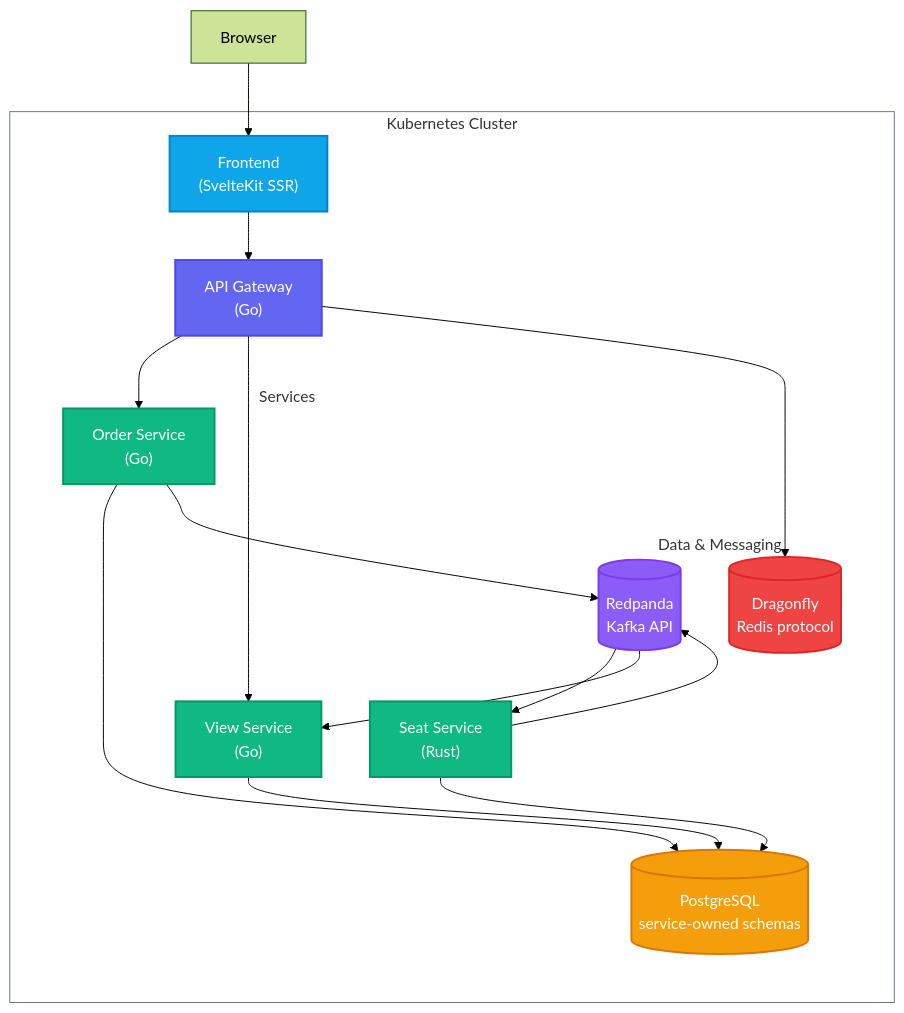
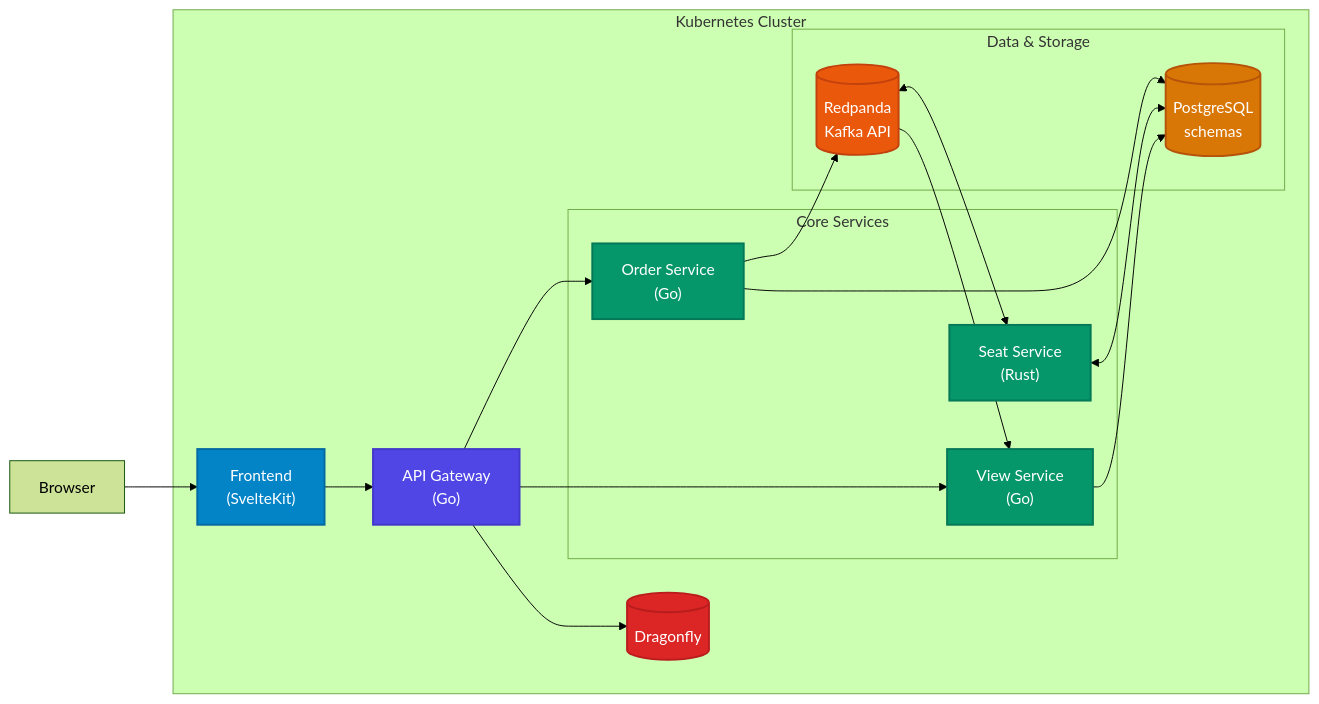
The diagram in README.md (robbdimitrov/velox), drawn with Mermaid (forest theme) before and after one commit. The commit also changed 6 other files, not shown here.

````diff
--- a/README.md
+++ b/README.md
@@ -17,45 +17,49 @@
 ```mermaid
-graph TD
+graph LR
     Browser["Browser"]
 
     subgraph cluster ["Kubernetes Cluster"]
-        Frontend["Frontend<br>(SvelteKit SSR)"]:::frontend
+        Frontend["Frontend<br>(SvelteKit)"]:::frontend
         Gateway["API Gateway<br>(Go)"]:::gateway
+        Cache[("Dragonfly")]:::cache
 
-        subgraph services ["Services"]
-            Orders["Order Service<br>(Go)"]:::service
-            Seats["Seat Service<br>(Rust)"]:::service
-            Views["View Service<br>(Go)"]:::service
+        subgraph services ["Core Services"]
+            Orders["Order Service<br>(Go)"]:::backend
+            Seats["Seat Service<br>(Rust)"]:::backend
+            Views["View Service<br>(Go)"]:::backend
         end
 
-        subgraph data ["Data & Messaging"]
-            DB[("PostgreSQL<br>service-owned schemas")]:::database
-            Cache[("Dragonfly<br>Redis protocol")]:::cache
+        subgraph data ["Data & Storage"]
+            DB[("PostgreSQL<br>schemas")]:::database
             Redpanda[("Redpanda<br>Kafka API")]:::broker
         end
     end
 
     Browser --> Frontend
     Frontend --> Gateway
+    Gateway --> Cache
+    
+    %% CQRS Command Path
     Gateway --> Orders
-    Gateway --> Views
     Orders --> DB
     Orders --> Redpanda
-    Seats --> DB
-    Seats --> Redpanda
-    Redpanda --> Seats
+    
+    %% Choreography
+    Seats <--> DB
+    Redpanda <--> Seats
+    
+    %% CQRS Read Path
+    Gateway --> Views
     Redpanda --> Views
     Views --> DB
-    Gateway --> Cache
 
-    classDef frontend fill:#0ea5e9,stroke:#0284c7,stroke-width:2px,color:#fff
-    classDef gateway fill:#6366f1,stroke:#4f46e5,stroke-width:2px,color:#fff
-    classDef service fill:#10b981,stroke:#059669,stroke-width:2px,color:#fff
-    classDef database fill:#f59e0b,stroke:#d97706,stroke-width:2px,color:#fff
-    classDef cache fill:#ef4444,stroke:#dc2626,stroke-width:2px,color:#fff
-    classDef broker fill:#8b5cf6,stroke:#7c3aed,stroke-width:2px,color:#fff
-
-    style cluster fill:transparent,stroke:#64748b
-    style services fill:transparent,stroke:transparent
-    style data fill:transparent,stroke:transparent
+    %% Standardized Accessible Color Palette
+    classDef frontend fill:#0284c7,stroke:#0369a1,stroke-width:2px,color:#fff
+    classDef gateway fill:#4f46e5,stroke:#4338ca,stroke-width:2px,color:#fff
+    classDef backend fill:#059669,stroke:#047857,stroke-width:2px,color:#fff
+    classDef database fill:#d97706,stroke:#b45309,stroke-width:2px,color:#fff
+    classDef cache fill:#dc2626,stroke:#b91c1c,stroke-width:2px,color:#fff
+    classDef broker fill:#ea580c,stroke:#c2410c,stroke-width:2px,color:#fff
+    classDef storage fill:#7c3aed,stroke:#6d28d9,stroke-width:2px,color:#fff
+    classDef relay fill:#475569,stroke:#334155,stroke-width:2px,color:#fff
 ```
````
